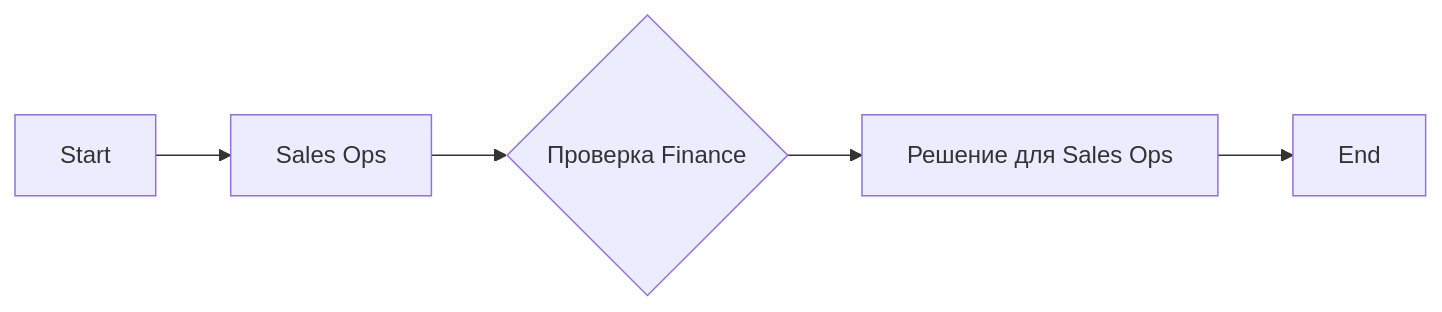
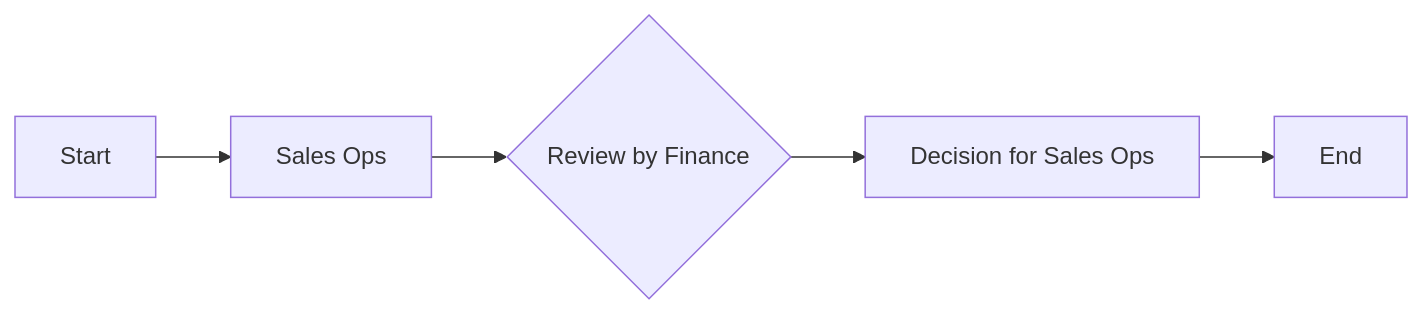
One commit to bnku/mdmm changed the second of 2 diagrams in examples/dist/docs/template-fragment.md. Above: the diagram before and after it, drawn with Mermaid. The commit also changed other lines of this file and 20 other files, not shown here.

First line of the commit message:
refactor(core): rename whole-diagram to diagram terminology

````diff
--- a/examples/dist/docs/template-fragment.md
+++ b/examples/dist/docs/template-fragment.md
@@ -16,8 +16,8 @@
 ```mermaid
 flowchart LR
 Start --> ops__entry
 ops__entry["Sales Ops"]
-ops__entry --> ops__review{"Проверка Finance"}
-ops__review --> ops__done["Решение для Sales Ops"]
+ops__entry --> ops__review{"Review by Finance"}
+ops__review --> ops__done["Decision for Sales Ops"]
 ops__done --> End
 ```
````
